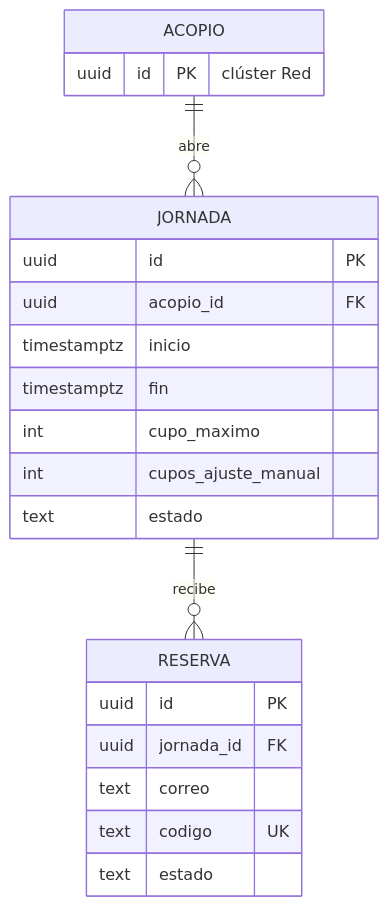
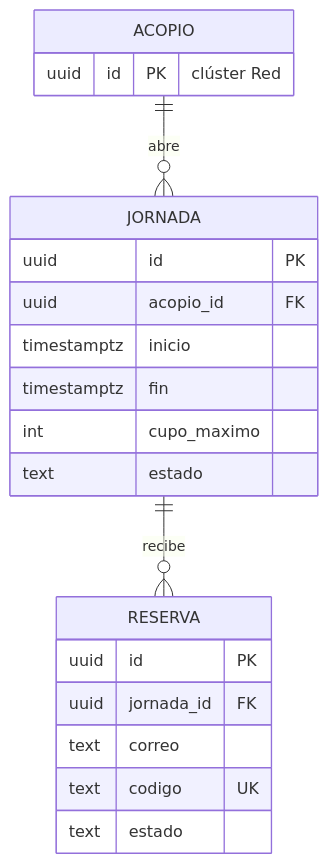
One commit to Proyecto-IngSoftware/acopio changed the seventh of 9 diagrams in docs/02-arquitectura/modelo-datos.md. Above: the diagram before and after it, drawn with Mermaid. The commit also changed other lines of this file and 62 other files, not shown here.

````diff
--- a/docs/02-arquitectura/modelo-datos.md
+++ b/docs/02-arquitectura/modelo-datos.md
@@ -853,25 +846,24 @@
 ```mermaid
 erDiagram
     ACOPIO ||--o{ JORNADA : abre
     JORNADA ||--o{ RESERVA : recibe
 
     ACOPIO {
         uuid id PK "clúster Red"
     }
     JORNADA {
         uuid id PK
         uuid acopio_id FK
         timestamptz inicio
         timestamptz fin
         int cupo_maximo
-        int cupos_ajuste_manual
         text estado
     }
     RESERVA {
         uuid id PK
         uuid jornada_id FK
         text correo
         text codigo UK
         text estado
     }
 ```
````
